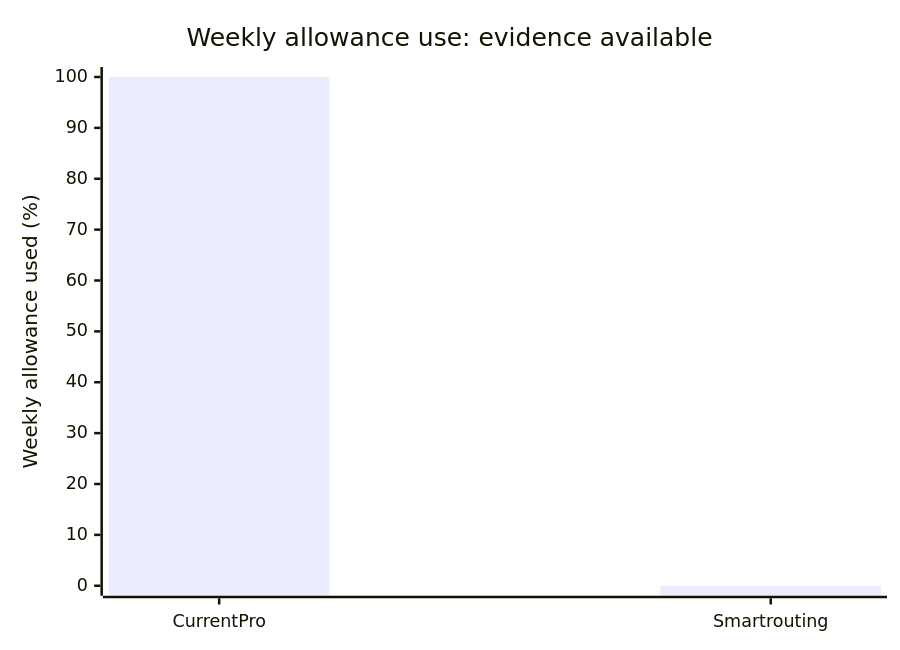
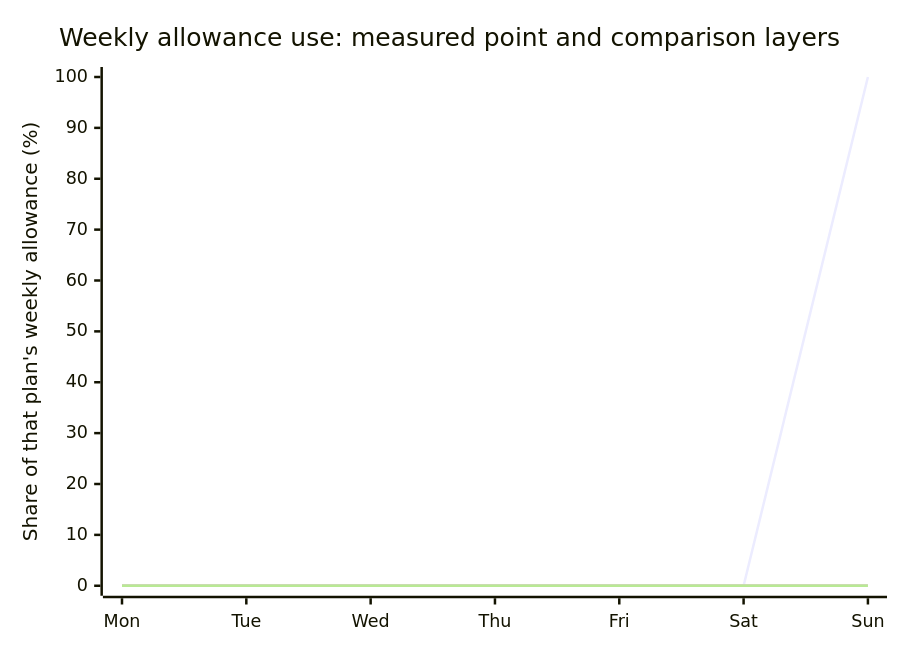
The diagram in README.md (lockej2005/model-router-skill), drawn with Mermaid before and after one commit. The commit also changed other lines of this file, not shown here.

Commit message:
Layer weekly usage comparisons in line chart

````diff
--- a/README.md
+++ b/README.md
@@ -66,7 +54,11 @@
 ```mermaid
 xychart-beta
-    title "Weekly allowance use: evidence available"
-    x-axis [Current Pro, Smart routing]
-    y-axis "Weekly allowance used (%)" 0 --> 100
-    bar [100, 0]
+    title "Weekly allowance use: measured point and comparison layers"
+    x-axis [Mon, Tue, Wed, Thu, Fri, Sat, Sun]
+    y-axis "Share of that plan's weekly allowance (%)" 0 --> 100
+    line [0, 0, 0, 0, 0, 0, 100]
+    line [0, 0, 0, 0, 0, 0, 0]
+    line [0, 0, 0, 0, 0, 0, 0]
+    line [0, 0, 0, 0, 0, 0, 0]
+    line [0, 0, 0, 0, 0, 0, 0]
 ```
````
